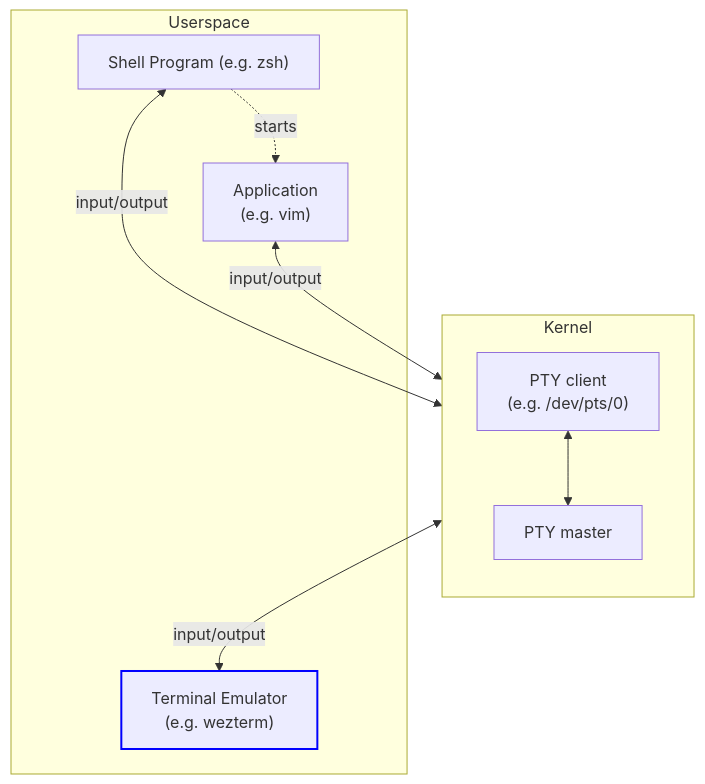
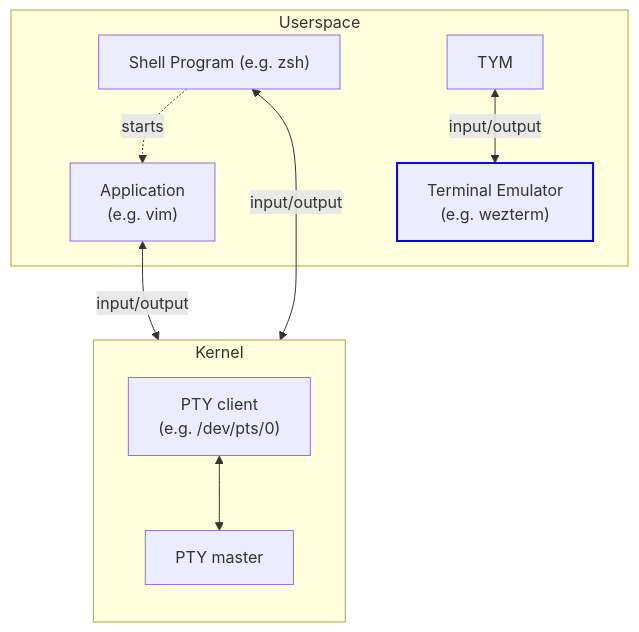
The third of 3 diagrams in docs/what-is-a-terminal.md (wezterm/wezterm), drawn with Mermaid before and after one commit. The commit also changed other lines of this file, not shown here.

First line of the commit message:
docs: replace literal `\n` with `<br/>` in flowchart labels

````diff
--- a/docs/what-is-a-terminal.md
+++ b/docs/what-is-a-terminal.md
@@ -223,17 +223,17 @@
 ```mermaid
 flowchart 
     subgraph Kernel
         direction TB
-        PTYC["PTY client\n(e.g. /dev/pts/0)"] 
+        PTYC["PTY client<br/>(e.g. /dev/pts/0)"] 
         PTYM[PTY master]
         PTYC <--> PTYM
     end
     
     subgraph Userspace
     SHELL["Shell Program (e.g. zsh)"] <-- input/output --> PTYC
     SHELL -. "starts" .-> APP
-    APP["Application\n(e.g. vim)"] <-- input/output --> PTYC
-    PTYM  <-- input/output -->  TE["Terminal Emulator\n(e.g. wezterm)"]:::wezterm
+    APP["Application<br/>(e.g. vim)"] <-- input/output --> PTYC
+    TYM  <-- input/output -->  TE["Terminal Emulator<br/>(e.g. wezterm)"]:::wezterm
     classDef wezterm stroke:#00F,stroke-width:2px
     end
 ```
````
